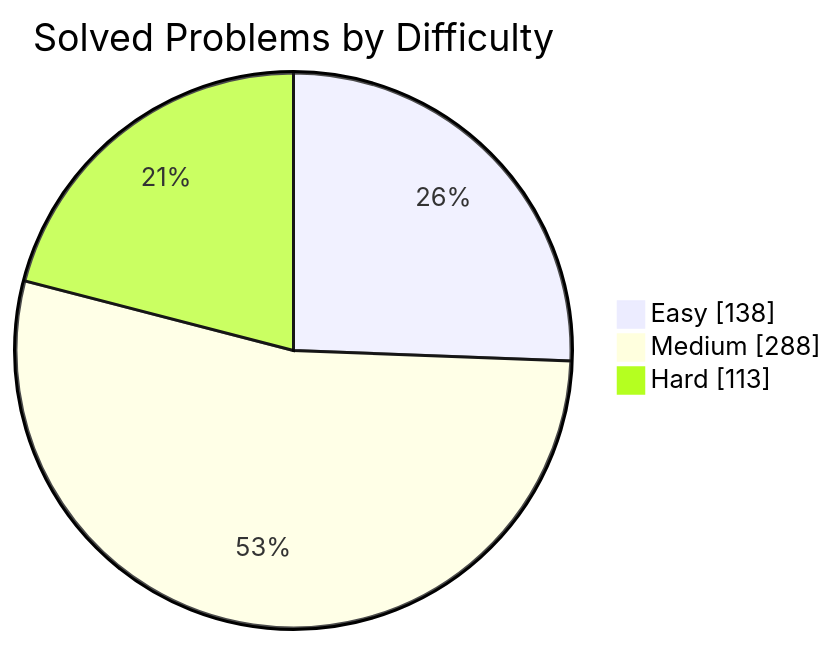
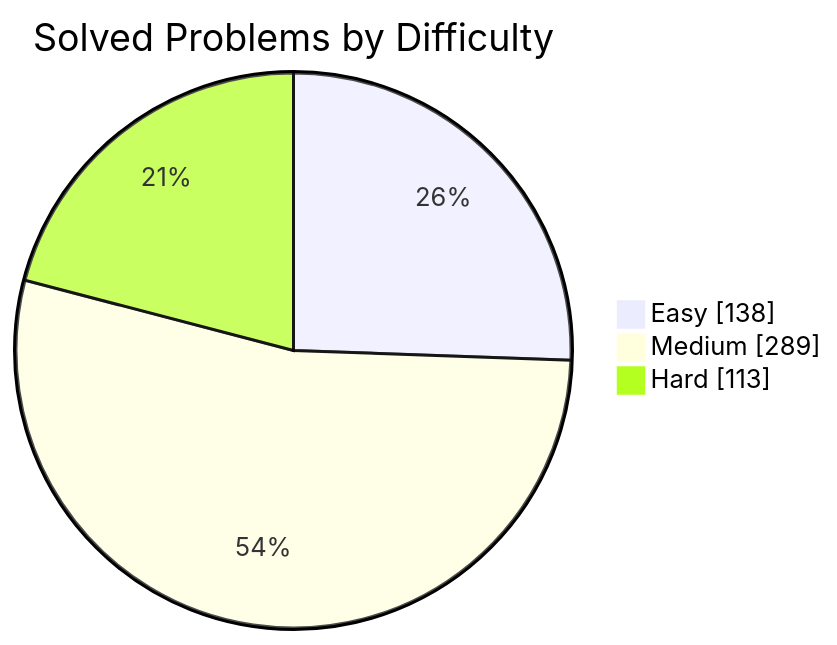
The first of 2 diagrams in README.md (manikantbindass/DSA-Preparation-FAANG), drawn with Mermaid before and after one commit. The commit also changed other lines of this file and 1 other file, not shown here.

````diff
--- a/README.md
+++ b/README.md
@@ -79,7 +79,7 @@
 ```mermaid
 pie showData
     title Solved Problems by Difficulty
     "Easy" : 138
-    "Medium" : 288
+    "Medium" : 289
     "Hard" : 113
 ```
````
